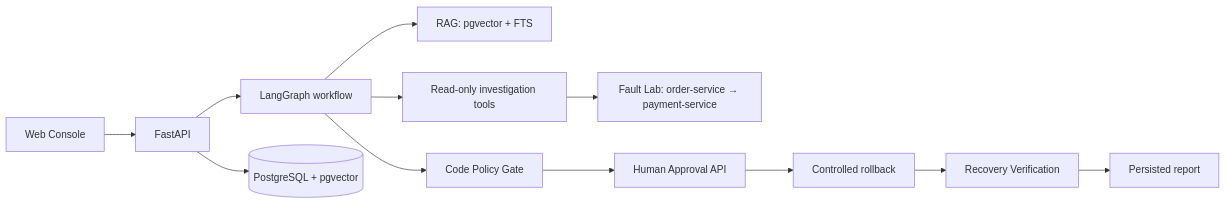
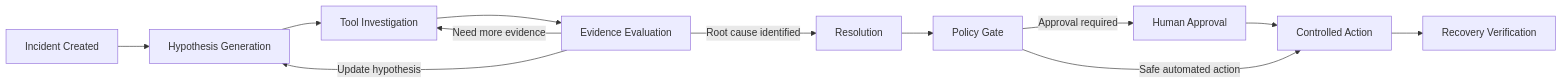
Before and after one commit to huazi258/DevSuppoert-Agent: the first of 4 diagrams in README.md, drawn with Mermaid. The commit also changed other lines of this file, not shown here.

````diff
--- a/README.md
+++ b/README.md
@@ -24,14 +40,27 @@
 ```mermaid
 flowchart LR
-    Web[Web Console] --> API[FastAPI]
-    API --> WF[LangGraph workflow]
-    WF --> RAG[RAG: pgvector + FTS]
-    WF --> RO[Read-only investigation tools]
-    RO --> Lab[Fault Lab: order-service → payment-service]
-    API --> DB[(PostgreSQL + pgvector)]
-    WF --> Policy[Code Policy Gate]
-    Policy --> Approval[Human Approval API]
-    Approval --> Action[Controlled rollback]
-    Action --> Verify[Recovery Verification]
-    Verify --> Report[Persisted report]
+    Incident[Incident Created]
+    Hypothesis[Hypothesis Generation]
+    Investigation[Tool Investigation]
+    Evidence[Evidence Evaluation]
+    Resolution[Resolution]
+    Policy[Policy Gate]
+    Approval[Human Approval]
+    Action[Controlled Action]
+    Verify[Recovery Verification]
+
+    Incident --> Hypothesis
+    Hypothesis --> Investigation
+    Investigation --> Evidence
+
+    Evidence -->|Need more evidence| Investigation
+    Evidence -->|Update hypothesis| Hypothesis
+    Evidence -->|Root cause identified| Resolution
+
+    Resolution --> Policy
+    Policy -->|Approval required| Approval
+    Approval --> Action
+    Policy -->|Safe automated action| Action
+
+    Action --> Verify
 ```
````
